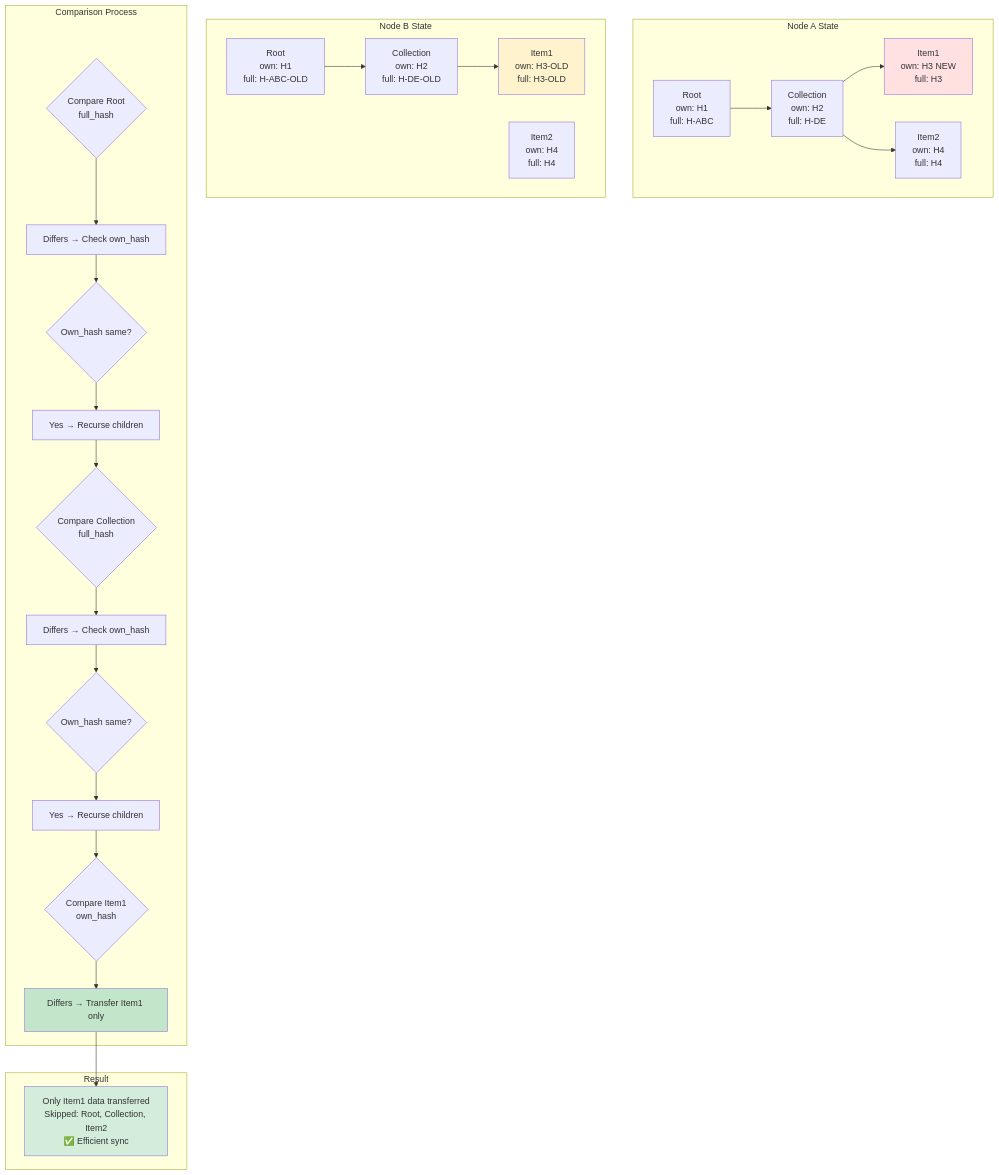
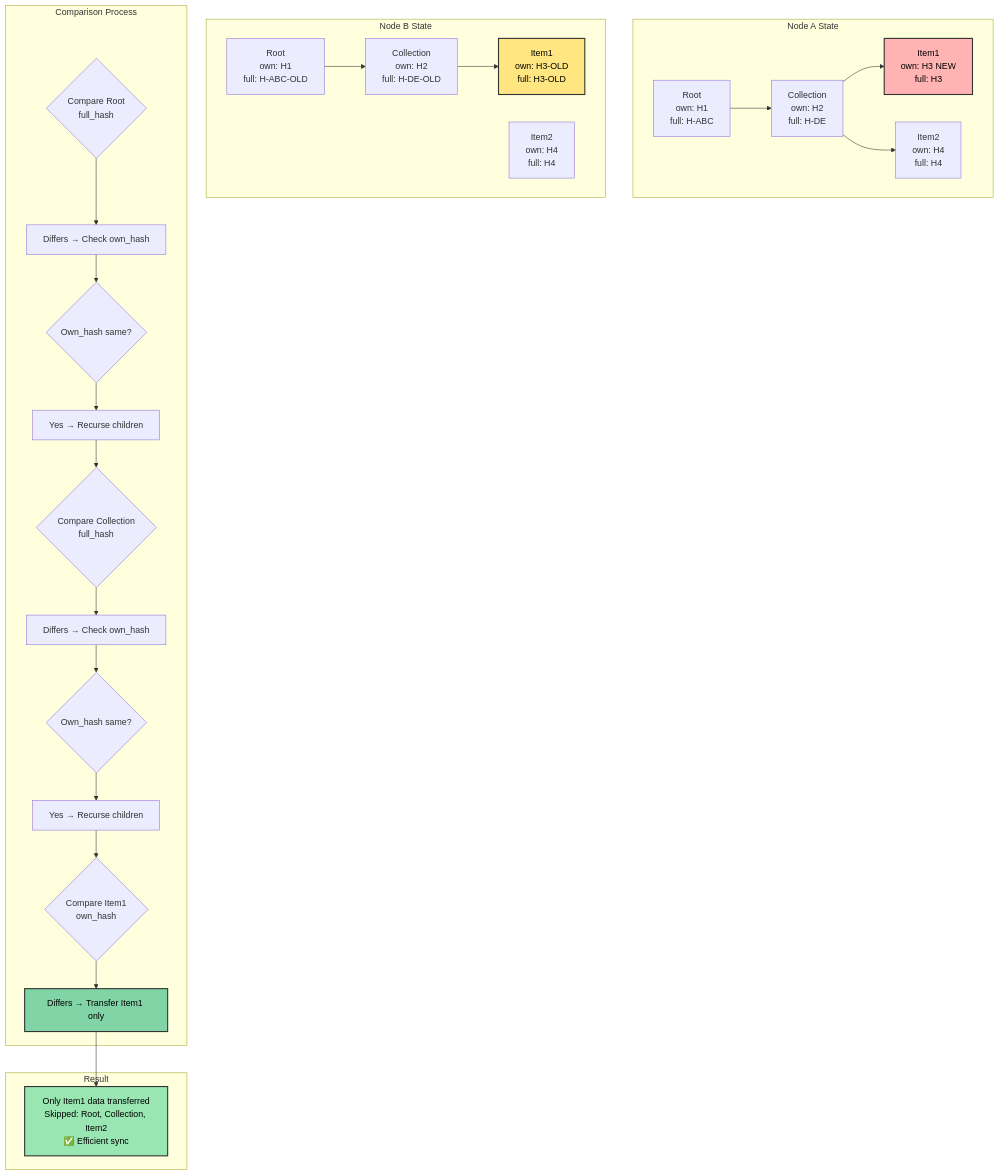
The seventh of 8 diagrams in crates/storage/README.md (calimero-network/core), drawn with Mermaid before and after one commit. The commit also changed other lines of this file and 4 other files, not shown here.

First line of the commit message:
fix(docs): improve mermaid diagram accessibility and fix parsing errors

````diff
--- a/crates/storage/README.md
+++ b/crates/storage/README.md
@@ -689,52 +689,52 @@
 ```mermaid
 graph TB
     subgraph "Node A State"
         A[Root<br/>own: H1<br/>full: H-ABC]
         AC1[Collection<br/>own: H2<br/>full: H-DE]
         AC2[Item1<br/>own: H3 NEW<br/>full: H3]
         AC3[Item2<br/>own: H4<br/>full: H4]
         
         A --> AC1
         AC1 --> AC2
         AC1 --> AC3
     end
     
     subgraph "Node B State"
         B[Root<br/>own: H1<br/>full: H-ABC-OLD]
         BC1[Collection<br/>own: H2<br/>full: H-DE-OLD]
         BC2[Item1<br/>own: H3-OLD<br/>full: H3-OLD]
         BC3[Item2<br/>own: H4<br/>full: H4]
         
         B --> BC1
         BC1 --> BC2
         BC3
     end
     
     subgraph "Comparison Process"
         C1{Compare Root<br/>full_hash}
         C2[Differs → Check own_hash]
         C3{Own_hash same?}
         C4[Yes → Recurse children]
         C5{Compare Collection<br/>full_hash}
         C6[Differs → Check own_hash]
         C7{Own_hash same?}
         C8[Yes → Recurse children]
         C9{Compare Item1<br/>own_hash}
         C10[Differs → Transfer Item1 only]
         
         C1 --> C2 --> C3 --> C4
         C4 --> C5 --> C6 --> C7 --> C8
         C8 --> C9 --> C10
     end
     
     subgraph "Result"
         R[Only Item1 data transferred<br/>Skipped: Root, Collection, Item2<br/>✅ Efficient sync]
     end
     
     C10 --> R
     
-    style AC2 fill:#ffe1e1
-    style BC2 fill:#fff3cd
-    style C10 fill:#c3e6cb
-    style R fill:#d4edda
+    style AC2 fill:#ffb3b3,stroke:#333,stroke-width:2px,color:#000
+    style BC2 fill:#ffe680,stroke:#333,stroke-width:2px,color:#000
+    style C10 fill:#80d4a6,stroke:#333,stroke-width:2px,color:#000
+    style R fill:#99e6b3,stroke:#333,stroke-width:2px,color:#000
 ```
````
